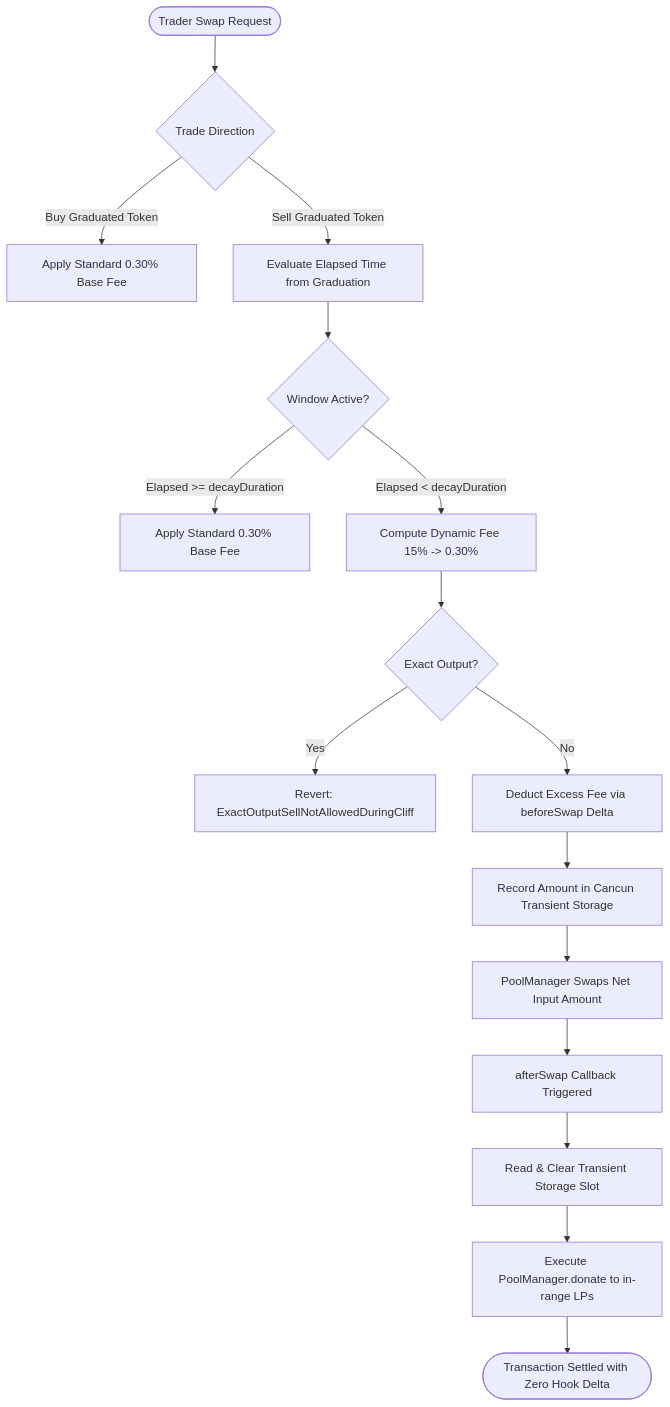
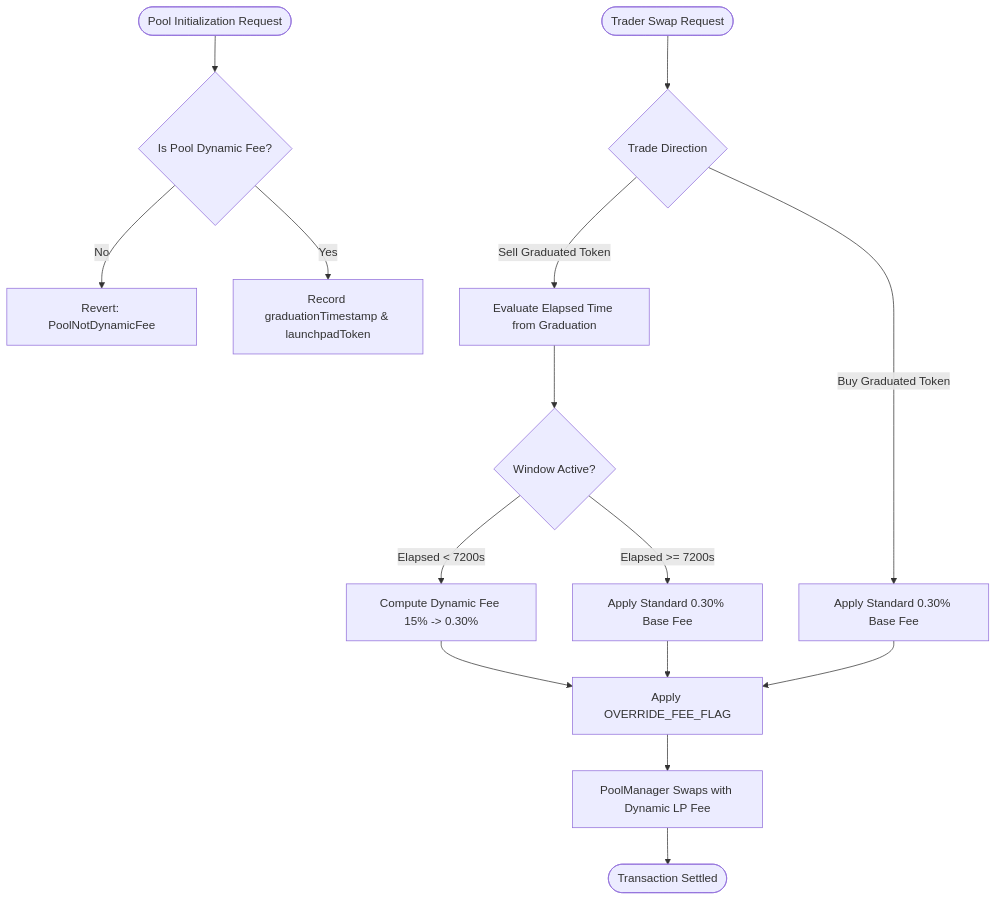
The diagram in README.md (avrahx/v4-graduation-shield), drawn with Mermaid before and after one commit. The commit also changed other lines of this file and 5 other files, not shown here.

Commit message:
feat: update GraduationShieldHook to dynamic fee override implementation with BEFORE_INITIALIZE and BEFORE_SWAP

````diff
--- a/README.md
+++ b/README.md
@@ -70,22 +52,21 @@
 ```mermaid
 flowchart TD
-    Trader([Trader Swap Request]) --> DirectionCheck{Trade Direction}
+    InitReq([Pool Initialization Request]) --> CheckDynFee{Is Pool Dynamic Fee?}
+    CheckDynFee -->|No| RevertDyn[Revert: PoolNotDynamicFee]
+    CheckDynFee -->|Yes| RecordShield[Record graduationTimestamp & launchpadToken]
+    
+    SwapReq([Trader Swap Request]) --> DirectionCheck{Trade Direction}
     DirectionCheck -->|Buy Graduated Token| BuyHandler[Apply Standard 0.30% Base Fee]
     DirectionCheck -->|Sell Graduated Token| TimeEval[Evaluate Elapsed Time from Graduation]
     
     TimeEval --> DecayCheck{Window Active?}
-    DecayCheck -->|Elapsed >= decayDuration| NormalSell[Apply Standard 0.30% Base Fee]
-    DecayCheck -->|Elapsed < decayDuration| CliffSell[Compute Dynamic Fee 15% -> 0.30%]
+    DecayCheck -->|Elapsed >= 7200s| NormalSell[Apply Standard 0.30% Base Fee]
+    DecayCheck -->|Elapsed < 7200s| CliffSell[Compute Dynamic Fee 15% -> 0.30%]
     
-    CliffSell --> OutputCheck{Exact Output?}
-    OutputCheck -->|Yes| RevertTX[Revert: ExactOutputSellNotAllowedDuringCliff]
-    OutputCheck -->|No| DeltaDeduct[Deduct Excess Fee via beforeSwap Delta]
+    CliffSell --> OverrideFee[Apply OVERRIDE_FEE_FLAG]
+    NormalSell --> OverrideFee
+    BuyHandler --> OverrideFee
     
-    DeltaDeduct --> RecordTStore[Record Amount in Cancun Transient Storage]
-    RecordTStore --> SwapCore[PoolManager Swaps Net Input Amount]
-    SwapCore --> AfterSwapCB[afterSwap Callback Triggered]
-    
-    AfterSwapCB --> LoadTStore[Read & Clear Transient Storage Slot]
-    LoadTStore --> DonateCall[Execute PoolManager.donate to in-range LPs]
-    DonateCall --> Finalize([Transaction Settled with Zero Hook Delta])
+    OverrideFee --> SwapCore[PoolManager Swaps with Dynamic LP Fee]
+    SwapCore --> Finalize([Transaction Settled])
 ```
````
